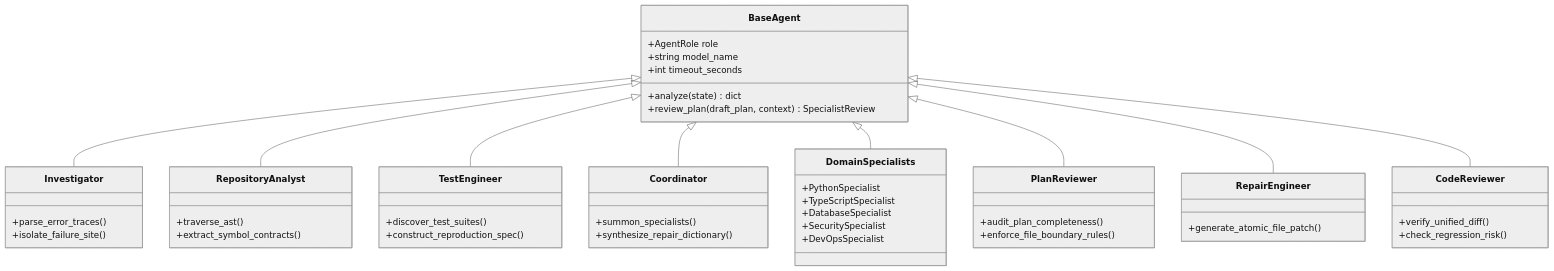
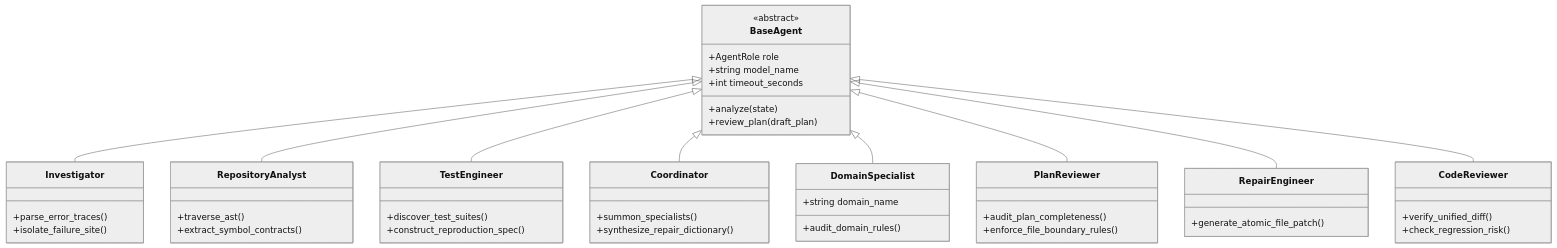
One commit to kajaredhruv433/VectoraFix changed the second of 5 diagrams in README.md. Above: the diagram before and after it, drawn with Mermaid (neutral theme). The commit also changed other lines of this file and 3 other files, not shown here.

Commit message:
docs: fix Mermaid diagram syntax errors for GitHub rendering

````diff
--- a/README.md
+++ b/README.md
@@ -133,54 +133,52 @@
 ```mermaid
 classDiagram
     class BaseAgent {
+        <<abstract>>
         +AgentRole role
         +string model_name
         +int timeout_seconds
-        +analyze(state) dict
-        +review_plan(draft_plan, context) SpecialistReview
+        +analyze(state)
+        +review_plan(draft_plan)
     }
 
     class Investigator {
         +parse_error_traces()
         +isolate_failure_site()
     }
     class RepositoryAnalyst {
         +traverse_ast()
         +extract_symbol_contracts()
     }
     class TestEngineer {
         +discover_test_suites()
         +construct_reproduction_spec()
     }
     class Coordinator {
         +summon_specialists()
         +synthesize_repair_dictionary()
     }
-    class DomainSpecialists {
-        +PythonSpecialist
-        +TypeScriptSpecialist
-        +DatabaseSpecialist
-        +SecuritySpecialist
-        +DevOpsSpecialist
+    class DomainSpecialist {
+        +string domain_name
+        +audit_domain_rules()
     }
     class PlanReviewer {
         +audit_plan_completeness()
         +enforce_file_boundary_rules()
     }
     class RepairEngineer {
         +generate_atomic_file_patch()
     }
     class CodeReviewer {
         +verify_unified_diff()
         +check_regression_risk()
     }
 
     BaseAgent <|-- Investigator
     BaseAgent <|-- RepositoryAnalyst
     BaseAgent <|-- TestEngineer
     BaseAgent <|-- Coordinator
-    BaseAgent <|-- DomainSpecialists
+    BaseAgent <|-- DomainSpecialist
     BaseAgent <|-- PlanReviewer
     BaseAgent <|-- RepairEngineer
     BaseAgent <|-- CodeReviewer
 ```
````
